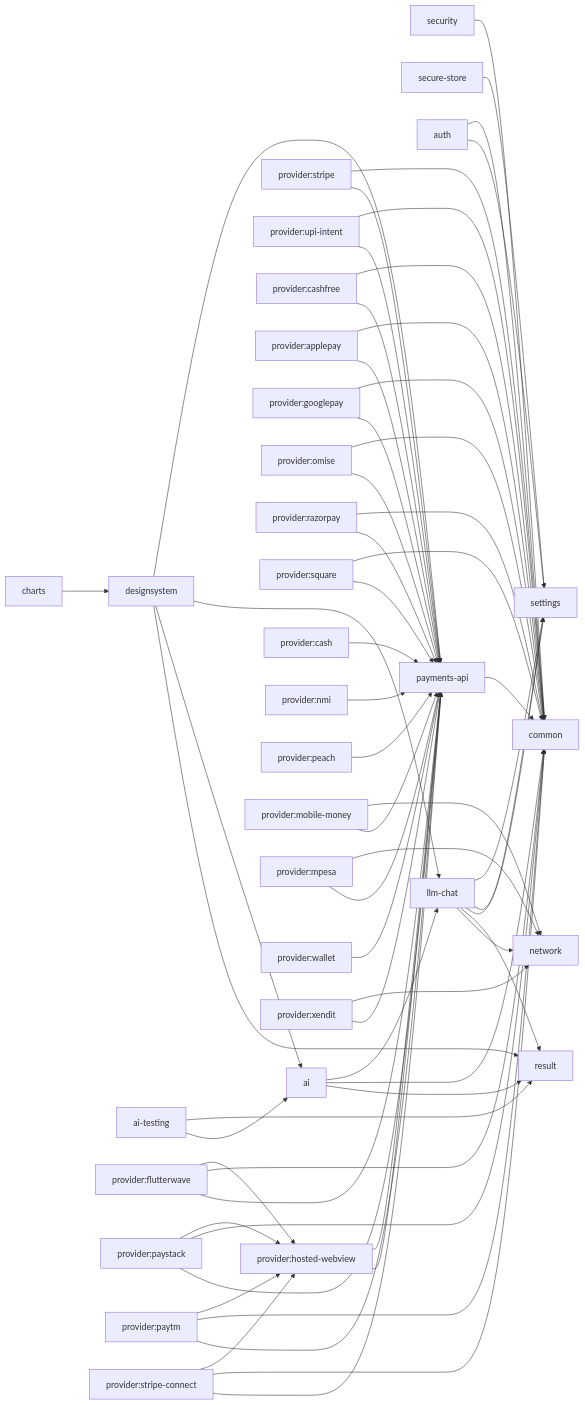
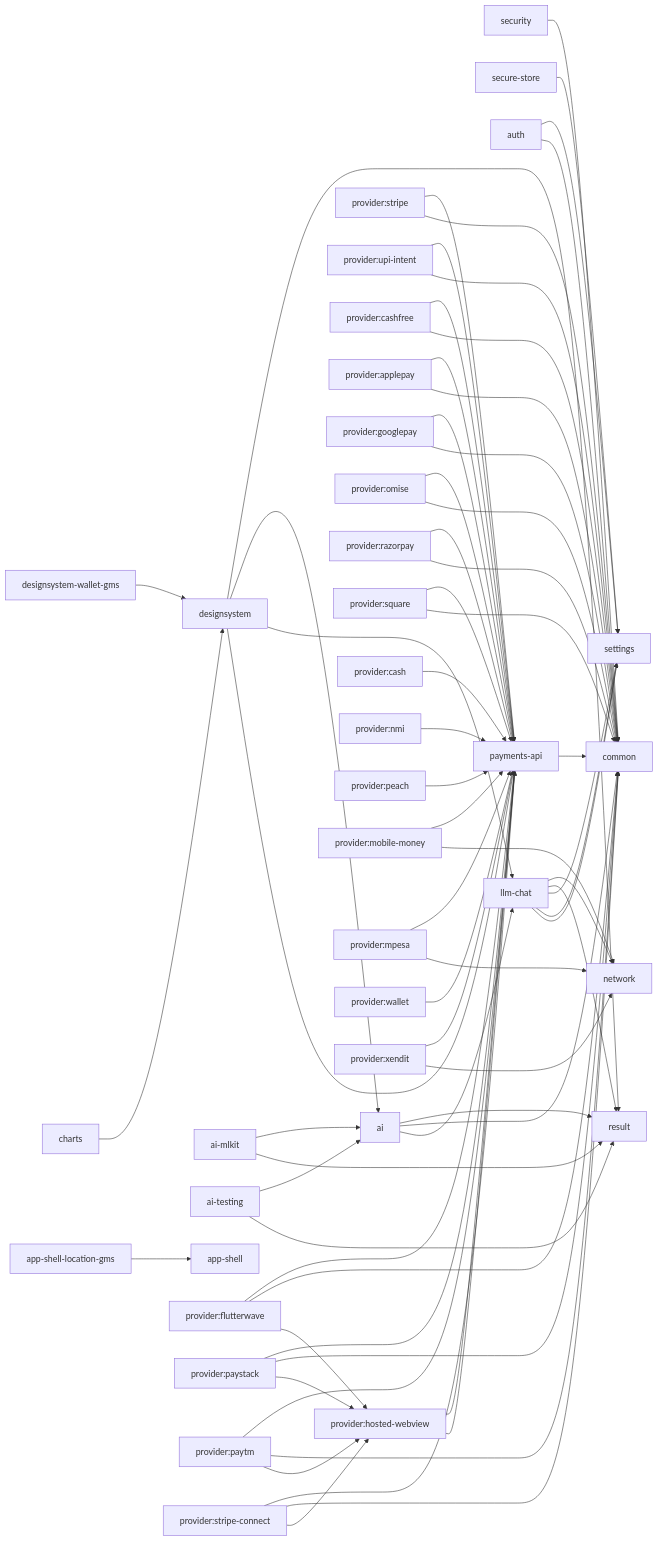
The diagram in README.md (darkpandawarrior/kmp-toolkit), drawn with Mermaid before and after one commit. The commit also changed other lines of this file, not shown here.

````diff
--- a/README.md
+++ b/README.md
@@ -178,63 +119,67 @@
 ```mermaid
 graph LR
   security["security"] --> common["common"]
   secure_store["secure-store"] --> settings["settings"]
   auth["auth"] --> settings["settings"]
   auth["auth"] --> common["common"]
   designsystem["designsystem"] --> result["result"]
   designsystem["designsystem"] --> ai["ai"]
   designsystem["designsystem"] --> llm_chat["llm-chat"]
   designsystem["designsystem"] --> payments_api["payments-api"]
   ai["ai"] --> result["result"]
   ai["ai"] --> common["common"]
   ai["ai"] --> llm_chat["llm-chat"]
+  ai_mlkit["ai-mlkit"] --> ai["ai"]
+  ai_mlkit["ai-mlkit"] --> result["result"]
+  designsystem_wallet_gms["designsystem-wallet-gms"] --> designsystem["designsystem"]
   ai_testing["ai-testing"] --> ai["ai"]
   ai_testing["ai-testing"] --> result["result"]
   llm_chat["llm-chat"] --> network["network"]
   llm_chat["llm-chat"] --> result["result"]
   llm_chat["llm-chat"] --> settings["settings"]
   llm_chat["llm-chat"] --> settings["settings"]
   llm_chat["llm-chat"] --> settings["settings"]
+  app_shell_location_gms["app-shell-location-gms"] --> app_shell["app-shell"]
   payments_api["payments-api"] --> common["common"]
   charts["charts"] --> designsystem["designsystem"]
   provider_stripe["provider:stripe"] --> payments_api["payments-api"]
   provider_stripe["provider:stripe"] --> common["common"]
   provider_upi_intent["provider:upi-intent"] --> payments_api["payments-api"]
   provider_upi_intent["provider:upi-intent"] --> common["common"]
   provider_cashfree["provider:cashfree"] --> payments_api["payments-api"]
   provider_cashfree["provider:cashfree"] --> common["common"]
   provider_applepay["provider:applepay"] --> payments_api["payments-api"]
   provider_applepay["provider:applepay"] --> common["common"]
   provider_googlepay["provider:googlepay"] --> payments_api["payments-api"]
   provider_googlepay["provider:googlepay"] --> common["common"]
   provider_omise["provider:omise"] --> payments_api["payments-api"]
   provider_omise["provider:omise"] --> common["common"]
   provider_razorpay["provider:razorpay"] --> payments_api["payments-api"]
   provider_razorpay["provider:razorpay"] --> common["common"]
   provider_square["provider:square"] --> payments_api["payments-api"]
   provider_square["provider:square"] --> common["common"]
   provider_hosted_webview["provider:hosted-webview"] --> payments_api["payments-api"]
   provider_hosted_webview["provider:hosted-webview"] --> payments_api["payments-api"]
   provider_flutterwave["provider:flutterwave"] --> payments_api["payments-api"]
   provider_flutterwave["provider:flutterwave"] --> common["common"]
   provider_flutterwave["provider:flutterwave"] --> provider_hosted_webview["provider:hosted-webview"]
   provider_paystack["provider:paystack"] --> payments_api["payments-api"]
   provider_paystack["provider:paystack"] --> common["common"]
   provider_paystack["provider:paystack"] --> provider_hosted_webview["provider:hosted-webview"]
   provider_paytm["provider:paytm"] --> payments_api["payments-api"]
   provider_paytm["provider:paytm"] --> common["common"]
   provider_paytm["provider:paytm"] --> provider_hosted_webview["provider:hosted-webview"]
   provider_stripe_connect["provider:stripe-connect"] --> payments_api["payments-api"]
   provider_stripe_connect["provider:stripe-connect"] --> common["common"]
   provider_stripe_connect["provider:stripe-connect"] --> provider_hosted_webview["provider:hosted-webview"]
   provider_cash["provider:cash"] --> payments_api["payments-api"]
   provider_nmi["provider:nmi"] --> payments_api["payments-api"]
   provider_peach["provider:peach"] --> payments_api["payments-api"]
   provider_mobile_money["provider:mobile-money"] --> payments_api["payments-api"]
   provider_mobile_money["provider:mobile-money"] --> network["network"]
   provider_mpesa["provider:mpesa"] --> payments_api["payments-api"]
   provider_mpesa["provider:mpesa"] --> network["network"]
   provider_wallet["provider:wallet"] --> payments_api["payments-api"]
   provider_xendit["provider:xendit"] --> payments_api["payments-api"]
   provider_xendit["provider:xendit"] --> network["network"]
 ```
````
